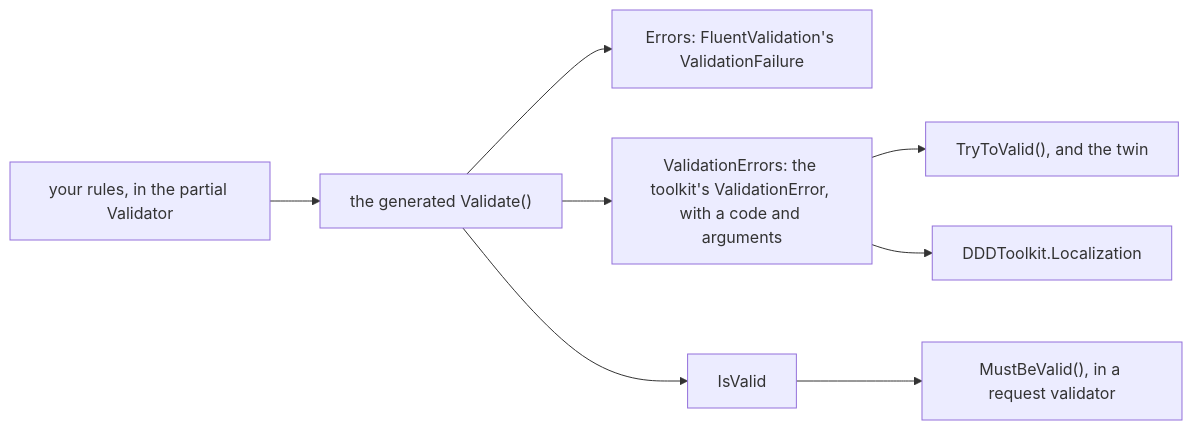
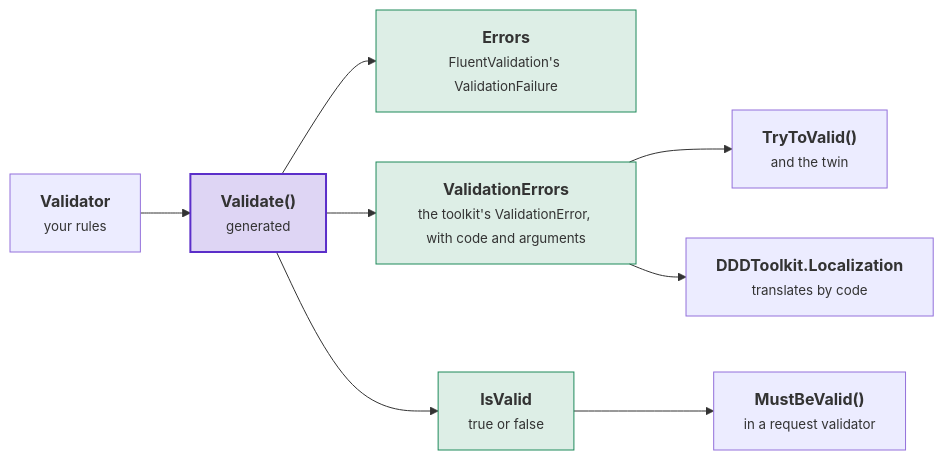
The diagram in docs/fluent-validation.md (DylanSnel/DDDToolkit), drawn with Mermaid before and after one commit. The commit also changed other lines of this file and 41 other files, not shown here.

First line of the commit message:
Docs: plain prose, one word per concept, and readable diagrams on every page

````diff
--- a/docs/fluent-validation.md
+++ b/docs/fluent-validation.md
@@ -114,10 +117,22 @@
 ```mermaid
 flowchart LR
-    Rules["your rules, in the partial Validator"] --> Validate["the generated Validate()"]
-    Validate --> Errors["Errors: FluentValidation's ValidationFailure"]
-    Validate --> Toolkit["ValidationErrors: the toolkit's ValidationError, with a code and arguments"]
-    Validate --> Valid["IsValid"]
-    Toolkit --> Try["TryToValid(), and the twin"]
-    Toolkit --> Localization["DDDToolkit.Localization"]
-    Valid --> Must["MustBeValid(), in a request validator"]
+    rules["<b>Validator</b><br/><small>your rules</small>"]
+    validate["<b>Validate()</b><br/><small>generated</small>"]
+    errors["<b>Errors</b><br/><small>FluentValidation's ValidationFailure</small>"]
+    toolkit["<b>ValidationErrors</b><br/><small>the toolkit's ValidationError, with code and arguments</small>"]
+    valid["<b>IsValid</b><br/><small>true or false</small>"]
+    try["<b>TryToValid()</b><br/><small>and the twin</small>"]
+    localization["<b>DDDToolkit.Localization</b><br/><small>translates by code</small>"]
+    must["<b>MustBeValid()</b><br/><small>in a request validator</small>"]
+    rules --> validate
+    validate --> errors
+    validate --> toolkit
+    validate --> valid
+    toolkit --> try
+    toolkit --> localization
+    valid --> must
+    classDef strong fill:#5b2ec933,stroke:#5b2ec9,stroke-width:2px
+    classDef good fill:#1f8a5b26,stroke:#1f8a5b
+    class validate strong
+    class errors,toolkit,valid good
 ```
````
